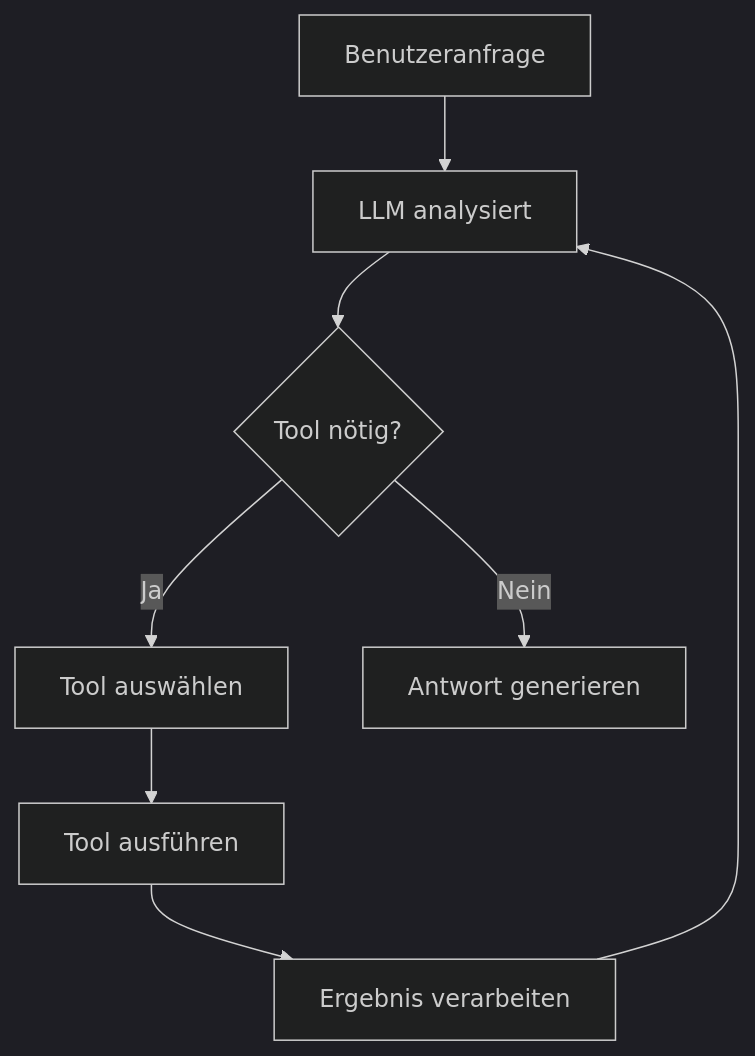
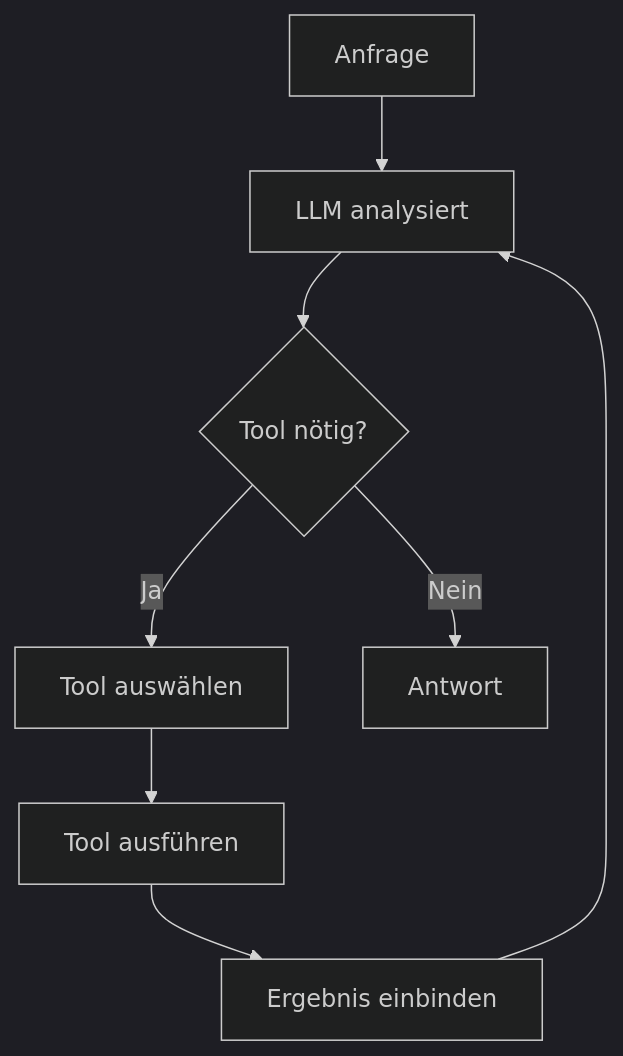
The second of 5 diagrams in docs/concepts/Agent_Architekturen.md (ralf-42/Agenten), drawn with Mermaid (dark theme) before and after one commit. The commit also changed other lines of this file and 15 other files, not shown here.

````diff
--- a/docs/concepts/Agent_Architekturen.md
+++ b/docs/concepts/Agent_Architekturen.md
@@ -102,10 +77,10 @@
 ```mermaid
 flowchart TD
-    A[Benutzeranfrage] --> B[LLM analysiert]
+    A[Anfrage] --> B[LLM analysiert]
     B --> C{Tool nötig?}
     C -->|Ja| D[Tool auswählen]
     D --> E[Tool ausführen]
-    E --> F[Ergebnis verarbeiten]
+    E --> F[Ergebnis einbinden]
     F --> B
-    C -->|Nein| G[Antwort generieren]
+    C -->|Nein| G[Antwort]
 ```
````
